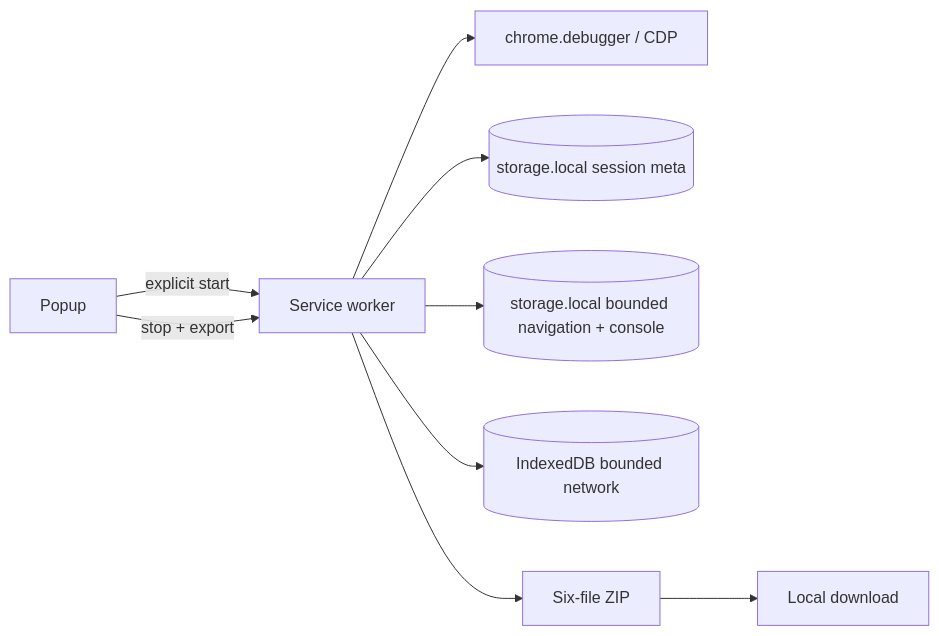
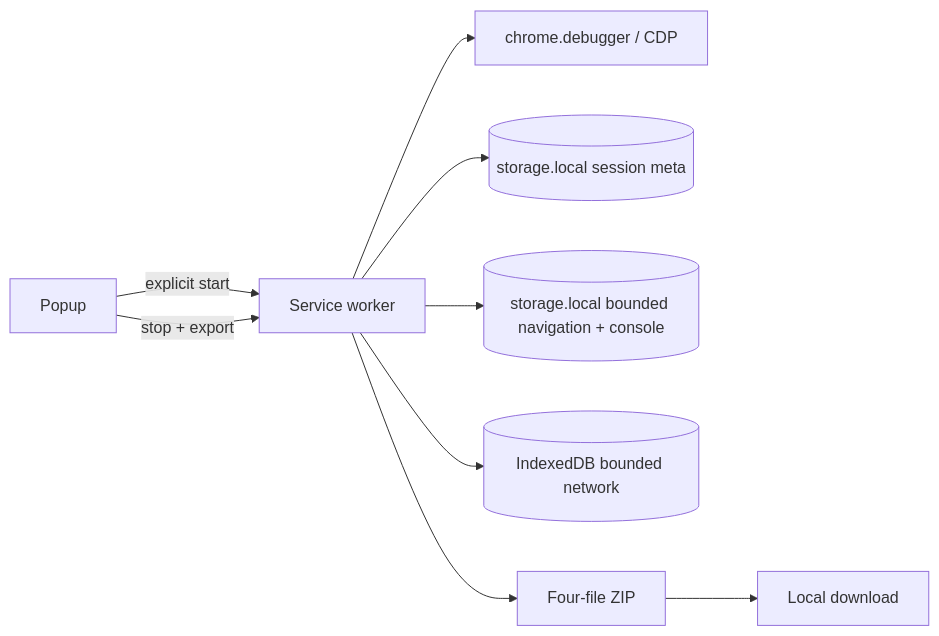
The diagram in docs/architecture.md (bryanbeltran/browser-listener), drawn with Mermaid before and after one commit. The commit also changed other lines of this file and 15 other files, not shown here.

````diff
--- a/docs/architecture.md
+++ b/docs/architecture.md
@@ -7,11 +7,11 @@
 ```mermaid
 flowchart LR
   Popup[Popup] -->|explicit start| BG[Service worker]
   BG --> CDP[chrome.debugger / CDP]
   BG --> Meta[(storage.local session meta)]
   BG --> Aux[(storage.local bounded navigation + console)]
   BG --> IDB[(IndexedDB bounded network)]
   Popup -->|stop + export| BG
-  BG --> Export[Six-file ZIP]
+  BG --> Export[Four-file ZIP]
   Export --> Download[Local download]
 ```
````
